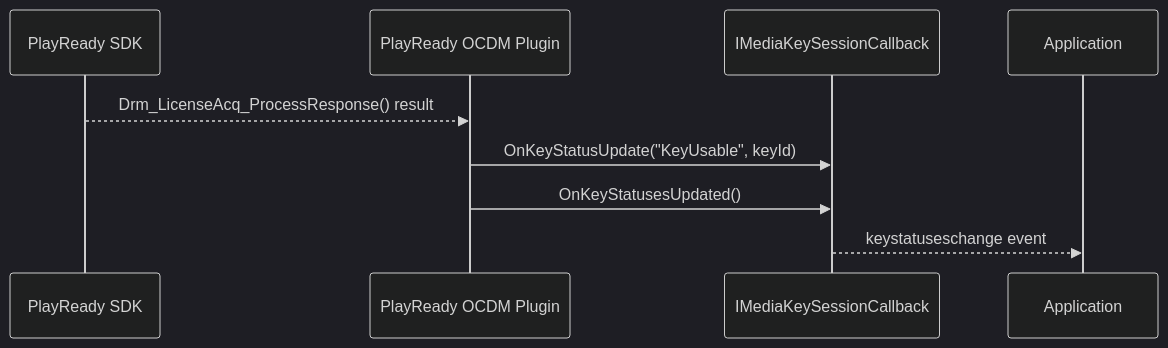
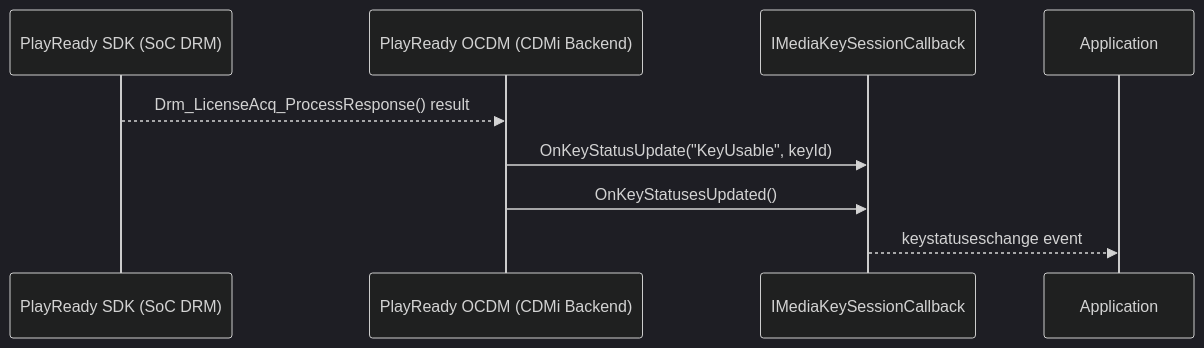
Before and after one commit to rdkcentral/playready-rdk: the eighth of 8 diagrams in docs/README.md, drawn with Mermaid (dark theme). The commit also changed other lines of this file, not shown here.

````diff
--- a/docs/README.md
+++ b/docs/README.md
@@ -361,12 +365,12 @@
 ```mermaid
 sequenceDiagram
-    participant PRSDK as PlayReady SDK
-    participant PR as PlayReady OCDM Plugin
+    participant PRSDK as PlayReady SDK (SoC DRM)
+    participant PR as PlayReady OCDM (CDMi Backend)
     participant CB as IMediaKeySessionCallback
     participant App as Application
 
     PRSDK-->>PR: Drm_LicenseAcq_ProcessResponse() result
     PR->>CB: OnKeyStatusUpdate("KeyUsable", keyId)
     PR->>CB: OnKeyStatusesUpdated()
     CB-->>App: keystatuseschange event
 ```
````
